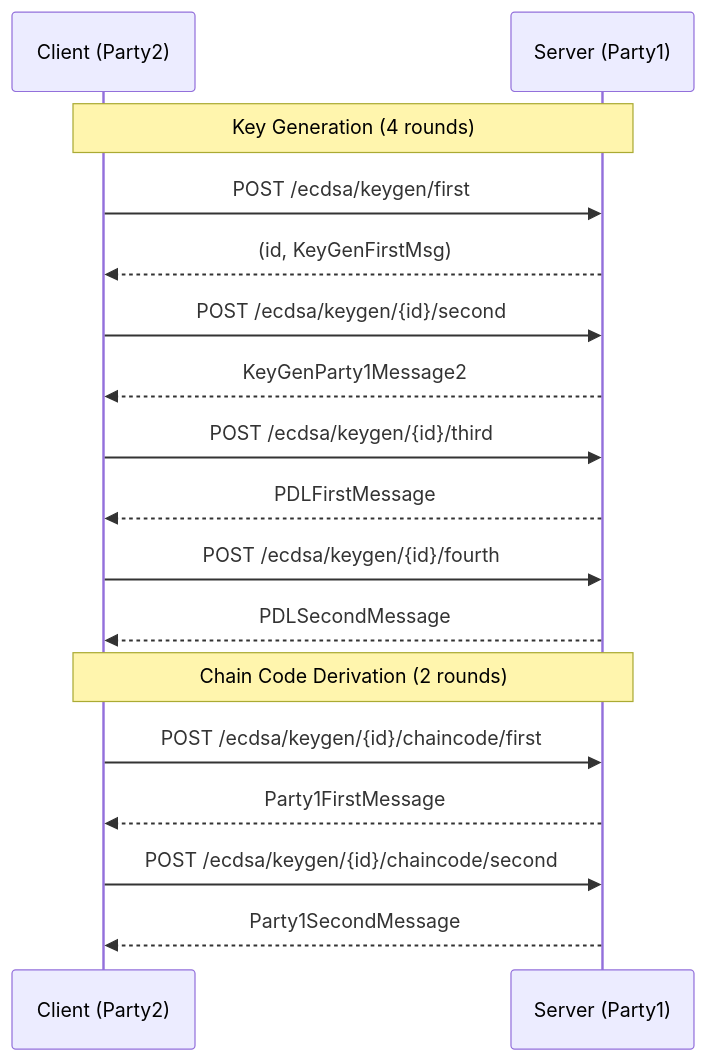
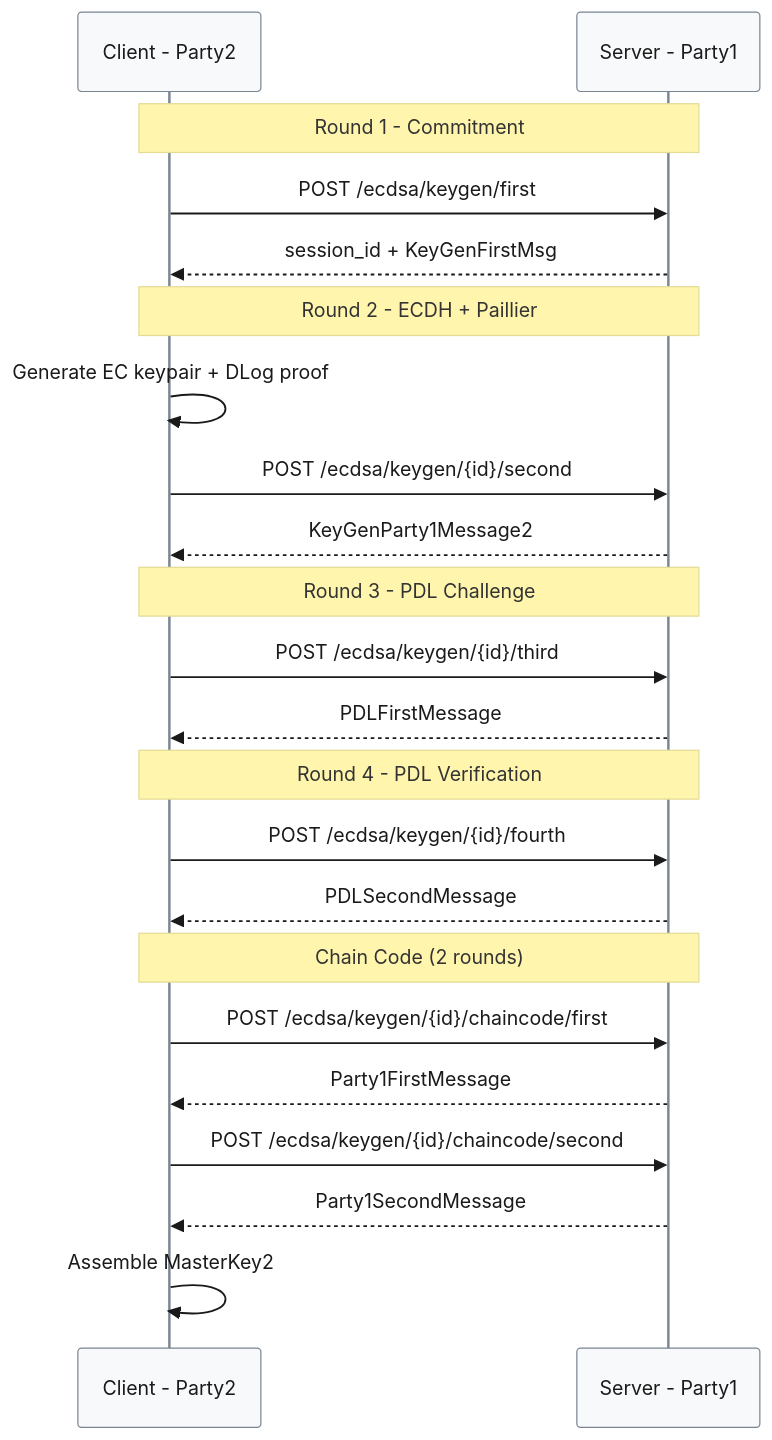
One commit to ljg-cqu/ZenGo-X-gotham-city changed the diagram in wiki/Components/ECDSA_Keygen.md. Above: the diagram before and after it, drawn with Mermaid. The commit also changed other lines of this file and 41 other files, not shown here.

````diff
--- a/wiki/Components/ECDSA_Keygen.md
+++ b/wiki/Components/ECDSA_Keygen.md
@@ -19,21 +13,30 @@
 ```mermaid
+%%{init: {"theme": "base", "themeVariables": {"primaryColor": "#f8f9fa", "primaryTextColor": "#1a1a1a", "primaryBorderColor": "#7a8591", "lineColor": "#8897a8", "secondaryColor": "#eff6fb", "tertiaryColor": "#f3f5f7"}}}%%
 sequenceDiagram
-    participant C as Client (Party2)
-    participant S as Server (Party1)
+    participant C as Client - Party2
+    participant S as Server - Party1
     
-    Note over C,S: Key Generation (4 rounds)
+    Note over C,S: Round 1 - Commitment
     C->>S: POST /ecdsa/keygen/first
-    S-->>C: (id, KeyGenFirstMsg)
+    S-->>C: session_id + KeyGenFirstMsg
+    
+    Note over C,S: Round 2 - ECDH + Paillier
+    C->>C: Generate EC keypair + DLog proof
     C->>S: POST /ecdsa/keygen/{id}/second
     S-->>C: KeyGenParty1Message2
+    
+    Note over C,S: Round 3 - PDL Challenge
     C->>S: POST /ecdsa/keygen/{id}/third
     S-->>C: PDLFirstMessage
+    
+    Note over C,S: Round 4 - PDL Verification
     C->>S: POST /ecdsa/keygen/{id}/fourth
     S-->>C: PDLSecondMessage
     
-    Note over C,S: Chain Code Derivation (2 rounds)
+    Note over C,S: Chain Code (2 rounds)
     C->>S: POST /ecdsa/keygen/{id}/chaincode/first
     S-->>C: Party1FirstMessage
     C->>S: POST /ecdsa/keygen/{id}/chaincode/second
     S-->>C: Party1SecondMessage
+    C->>C: Assemble MasterKey2
 ```
````
